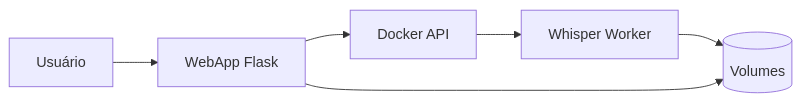
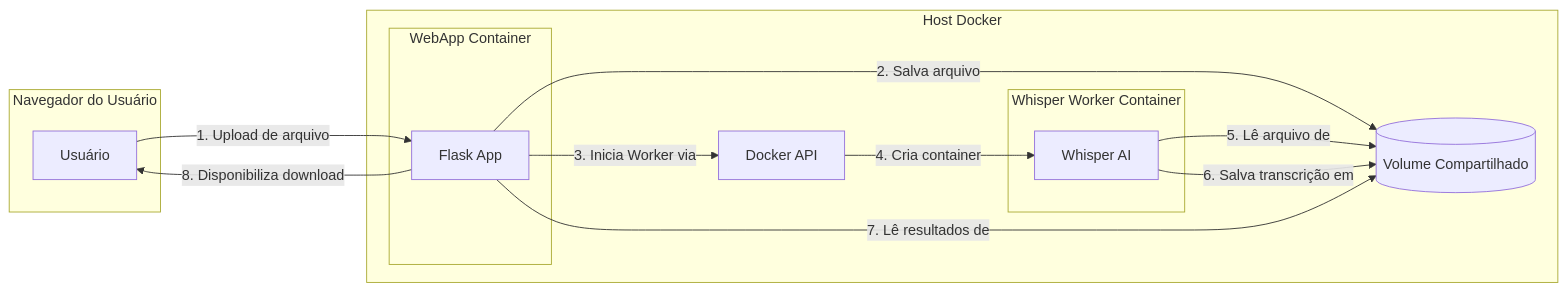
Before and after one commit to malvesro/transcribe: the diagram in README.md, drawn with Mermaid. The commit also changed other lines of this file and 4 other files, not shown here.

````diff
--- a/README.md
+++ b/README.md
@@ -117,8 +115,28 @@
 ```mermaid
 flowchart LR
-    U[Usuário] --> W[WebApp Flask]
-    W --> D[Docker API]
-    D --> WW[Whisper Worker]
-    WW --> V[(Volumes)]
-    W --> V
+    subgraph "Navegador do Usuário"
+        U[Usuário]
+    end
+
+    subgraph "Host Docker"
+        subgraph "WebApp Container"
+            W[Flask App]
+        end
+
+        subgraph "Whisper Worker Container"
+            WW[Whisper AI]
+        end
+
+        V[(Volume Compartilhado)]
+        D[Docker API]
+    end
+
+    U -- 1. Upload de arquivo --> W
+    W -- 2. Salva arquivo --> V
+    W -- 3. Inicia Worker via --> D
+    D -- 4. Cria container --> WW
+    WW -- 5. Lê arquivo de --> V
+    WW -- 6. Salva transcrição em --> V
+    W -- 7. Lê resultados de --> V
+    W -- 8. Disponibiliza download --> U
 ```
````
